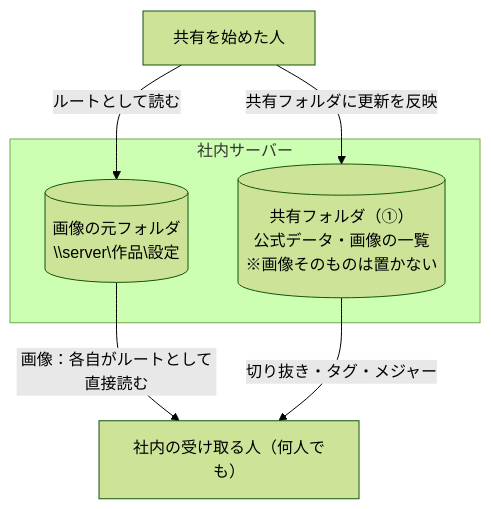
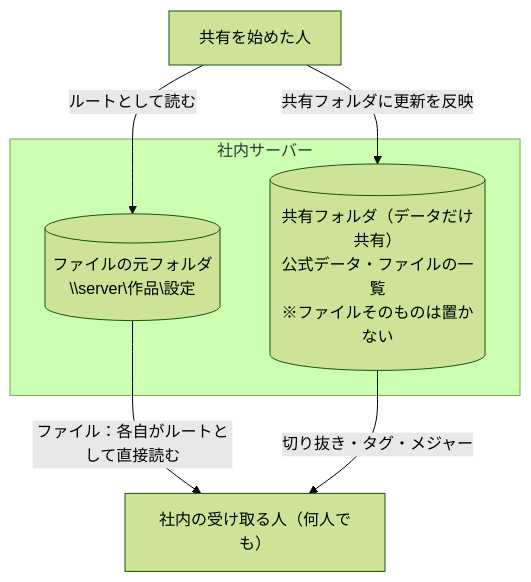
One commit to animtools/RefPicker changed the third of 16 diagrams in SYNC_GUIDE.md. Above: the diagram before and after it, drawn with Mermaid (forest theme). The commit also changed other lines of this file and 27 other files, not shown here.

First line of the commit message:
docs: 0.6.0 の公開文書（扱えるファイル・共有先の渡し方と範囲・自由タグのピッカーとタグの管理・起動時の新しいバージョンの確認など）と CHANGELOG、図を 0.6.0 の画面にする

````diff
--- a/SYNC_GUIDE.md
+++ b/SYNC_GUIDE.md
@@ -129,13 +163,13 @@
 ```mermaid
 flowchart TB
     S["共有を始めた人"]
     subgraph SV["社内サーバー"]
-        IMG[("画像の元フォルダ<br/>\\server\作品\設定")]
-        SF[("共有フォルダ（①）<br/>公式データ・画像の一覧<br/>※画像そのものは置かない")]
+        IMG[("ファイルの元フォルダ<br/>\\server\作品\設定")]
+        SF[("共有フォルダ（データだけ共有）<br/>公式データ・ファイルの一覧<br/>※ファイルそのものは置かない")]
     end
     A["社内の受け取る人（何人でも）"]
     S -- "ルートとして読む" --> IMG
     S -- "共有フォルダに更新を反映" --> SF
-    IMG -- "画像：各自がルートとして直接読む" --> A
+    IMG -- "ファイル：各自がルートとして直接読む" --> A
     SF -- "切り抜き・タグ・メジャー" --> A
 ```
````
